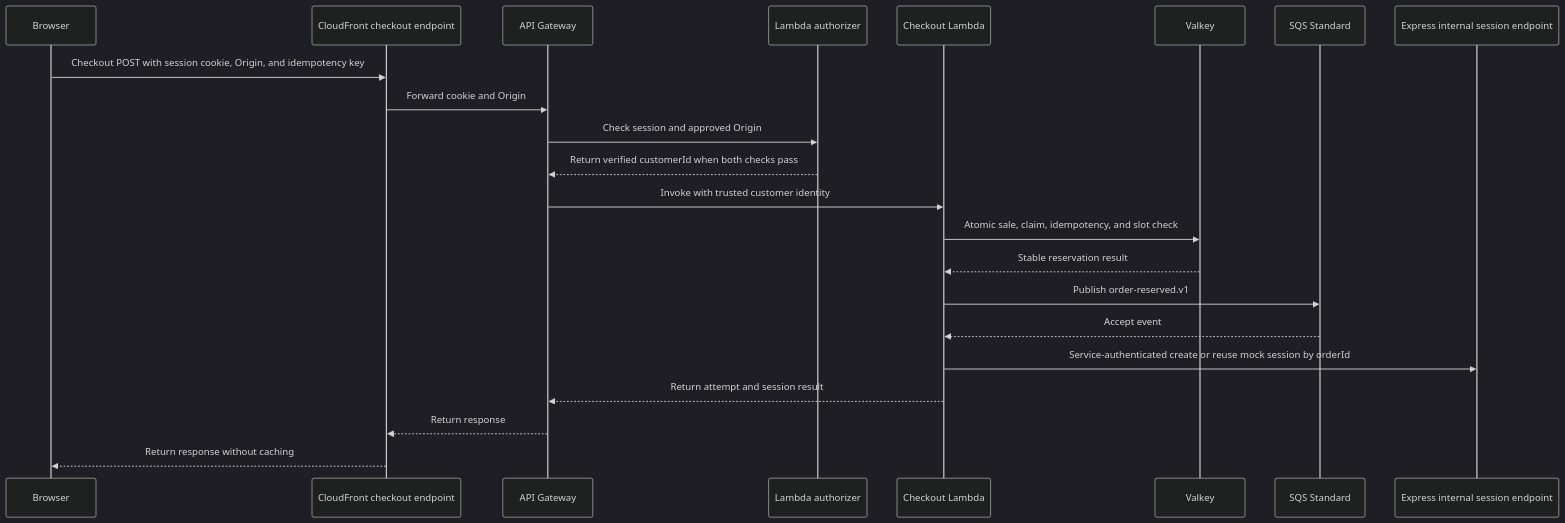
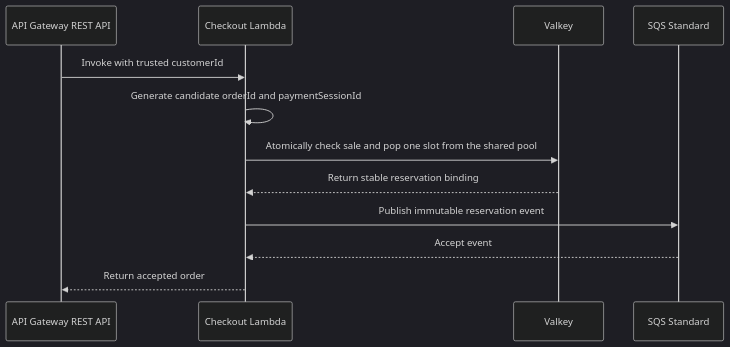
Before and after one commit to rantingmong/bookipi-test: the first of 2 diagrams in docs/checkout.md, drawn with Mermaid (dark theme). The commit also changed other lines of this file and 14 other files, not shown here.

Commit message:
docs(system-design/facets): refine flash-sale flow and reliability

````diff
--- a/docs/checkout.md
+++ b/docs/checkout.md
@@ -9,24 +11,14 @@
 ```mermaid
 sequenceDiagram
-    participant B as Browser
-    participant C as CloudFront checkout endpoint
-    participant A as API Gateway
-    participant H as Lambda authorizer
+    participant A as API Gateway REST API
     participant L as Checkout Lambda
     participant V as Valkey
     participant Q as SQS Standard
-    participant E as Express internal session endpoint
-    B->>C: Checkout POST with session cookie, Origin, and idempotency key
-    C->>A: Forward cookie and Origin
-    A->>H: Check session and approved Origin
-    H-->>A: Return verified customerId when both checks pass
-    A->>L: Invoke with trusted customer identity
-    L->>V: Atomic sale, claim, idempotency, and slot check
-    V-->>L: Stable reservation result
-    L->>Q: Publish order-reserved.v1
+    A->>L: Invoke with trusted customerId
+    L->>L: Generate candidate orderId and paymentSessionId
+    L->>V: Atomically check sale and pop one slot from the shared pool
+    V-->>L: Return stable reservation binding
+    L->>Q: Publish immutable reservation event
     Q-->>L: Accept event
-    L->>E: Service-authenticated create or reuse mock session by orderId
-    L-->>A: Return attempt and session result
-    A-->>C: Return response
-    C-->>B: Return response without caching
+    L-->>A: Return accepted order
 ```
````
